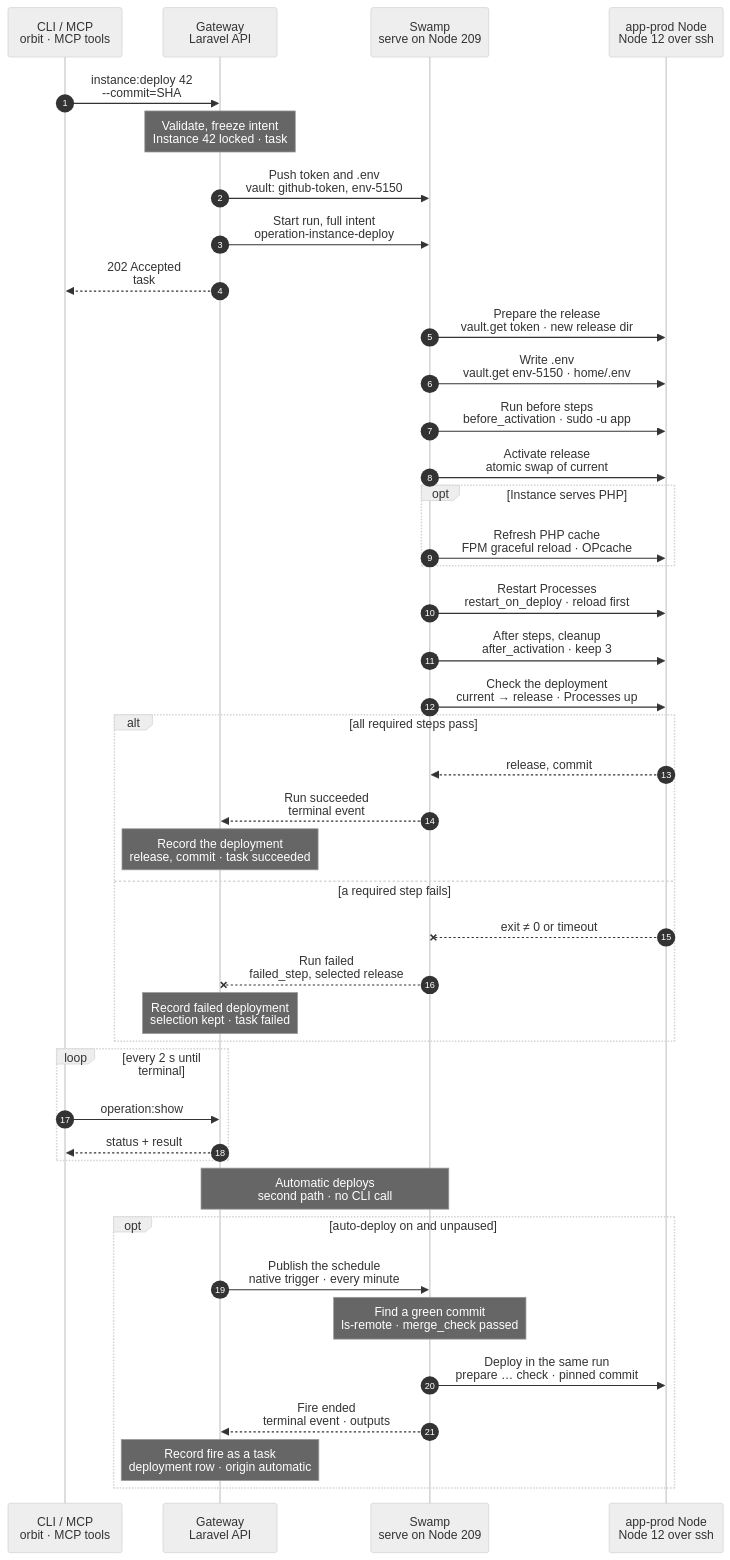
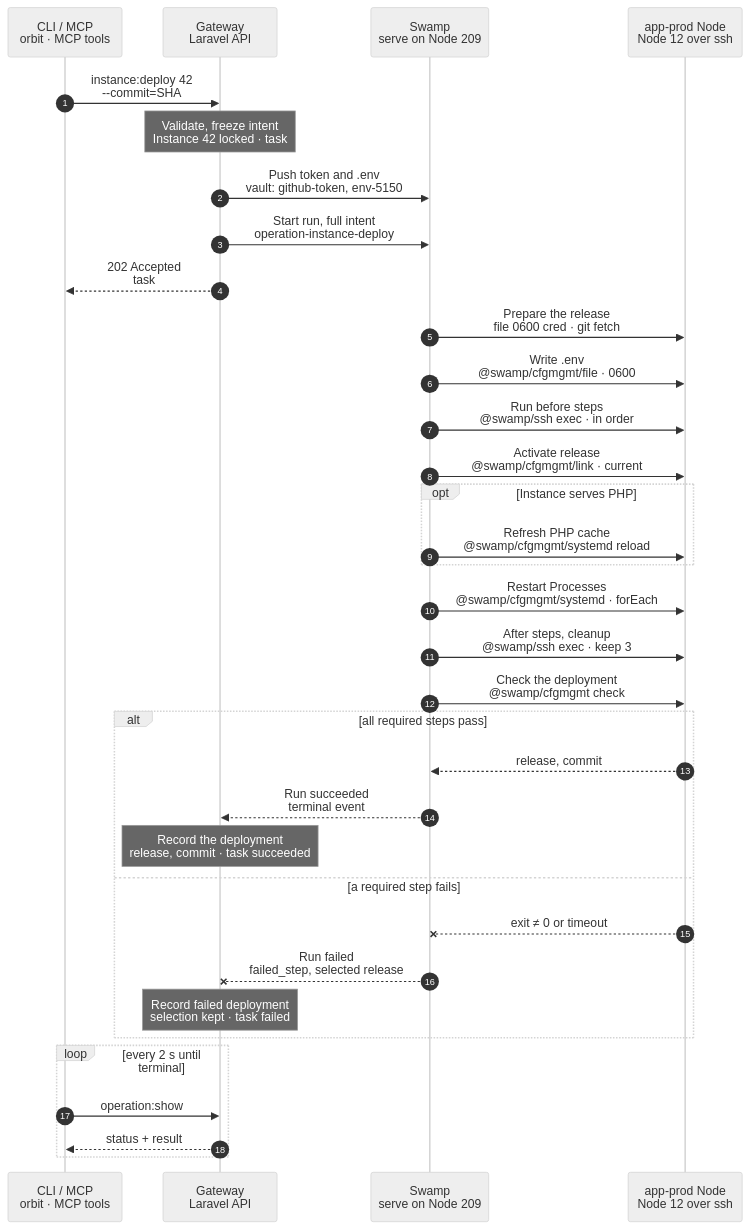
The diagram in docs/cli/instance/deploy.mmd (hardimpactdev/orbit), drawn with Mermaid (neutral theme) before and after one commit. The commit also changed 2 other files, not shown here.

Commit message:
docs(cli): tighten2 wave 6 charts (instance.deploy, instance.rollback, instance.clone)
process.horizon_handoff waits for its lane: its new chart needs a workflow change.

```diff
--- a/docs/cli/instance/deploy.mmd
+++ b/docs/cli/instance/deploy.mmd
@@ -1,184 +1,154 @@
 sequenceDiagram
   %% Target design: ADR 0244 task + full intent as inputs, single-swamp-node; DECISIONS 1 (token minted at admission, vault.get), 3 (automatic deploy = Gateway-published native schedule, no POST back), 4 / R1-R4 (process.stop shape); .env through the vault as in instance.create; rule 7 (reload over restart, restart_on_deploy only). docs/reference/deployments.md.
+  %% Tightened: flow-tighten 2026-11-02, rules 21, 22 (automatic deploys only in instance.auto_deploy; cfgmgmt file/link/systemd, 0600 credential file for the fetch).
   %% status: draft
   %% command: instance:deploy
   %% kind: instance.deploy
   autonumber
   %% lane CLI icon=terminal pill=caller tone=gray
   %% lane GW icon=gateway pill=intent tone=blue
   %% lane SW icon=workflow pill=executes tone=green
   %% lane N icon=server pill=target tone=amber
   participant CLI as CLI / MCP<br/>orbit · MCP tools
   participant GW as Gateway<br/>Laravel API
   participant SW as Swamp<br/>serve on Node 209
   participant N as app-prod Node<br/>Node 12 over ssh
   CLI->>GW: instance:deploy 42<br/>--commit=SHA
   %%> Command:
   %%> - `orbit instance:deploy 42`
   %%> - syntax: `<instance> [--commit=SHA] [--idempotency-key=KEY] [--json]`
   %%> Input:
   %%> - the Instance; without `--commit`, the newest commit of its deployment branch
   %%> - `--commit`: a full commit SHA that must be on the branch's first-parent chain
   %%> Who can call it:
   %%> - the `orbit` CLI and the MCP tool send the same request
-  %%> - the automatic path below starts the same run without a CLI call
+  %%> - automatic deploys start the same deploy steps from a native schedule; see the `instance.auto_deploy` chart
   Note over GW: Validate, freeze intent<br/>Instance 42 locked · task #5150
   %%> Requirements:
   %%> - your Node has an access grant to Node 12
   %%> - Instance 42 is an active production Instance of Project 7 on Node 12
   %%> - no other operation holds Instance 42; else `operation.target_busy`
   %%> Freezes:
   %%> - the branch and commit, the deploy steps, the shared paths and the release name
   %%> - the Project's Process and Schedule definitions and the PHP runtime
   %%> - the account `orbit-app-7` and its home `/home/orbit-app-7`
   %%> Renders .env:
   %%> - from the stored environment of Instance 42
   %%> Result:
   %%> - deployment 88 recorded as running; task #5150 recorded with the full intent
   %%> - a manual deploy pauses automatic deployment of Instance 42
   %%> - nothing has happened on the Node yet
   GW->>SW: Push token and .env<br/>vault: github-token, env-5150
   %%> Why:
   %%> - the repository is private, and only the Gateway holds the GitHub App key
   %%> - `.env` can hold secrets, which travel only through the vault
   %%> What it does:
   %%> - mints a read token for this one repository, valid 1 hour
   %%> - pushes the token and the rendered `.env` into Swamp's vault
   %%> Result:
   %%> - the run reads both with `vault.get`; no step calls the Gateway back
   GW->>SW: Start run, full intent<br/>operation-instance-deploy
   %%> What it does:
   %%> - starts one run on Swamp serve (Node 209); every step runs there
   %%> Inputs:
   %%> - Node 12's address and SSH host keys; the SSH identity comes from the `swamp` role
   %%> - the frozen intent; secrets only as vault key names
   %%> Budget:
   %%> - the sum of the deploy step timeouts plus 900 s
   GW-->>CLI: 202 Accepted<br/>task #5150
   %%> What you get:
   %%> - the task number, at once
   %%> Next:
   %%> - the CLI follows the task until it ends
-  SW->>N: Prepare the release<br/>vault.get token · new release dir
+  SW->>N: Prepare the release<br/>file 0600 cred · git fetch
   %%> How:
-  %%> - Swamp reaches Node 12 over `@swamp/ssh` from 209, with `command/shell` steps
+  %%> - Swamp reaches Node 12 over `@swamp/ssh` from 209; nothing is copied to the Node
+  %%> - `@swamp/cfgmgmt/file` writes the vault token as a 0600 credential file; git reads it, so the token never enters argv
+  %%> - shared paths and `.env` links with `@swamp/cfgmgmt/link`
   %%> What it does:
   %%> - fetches the branch into a new folder under `releases/` and checks out exactly the frozen commit
   %%> - refuses a commit that is not on the branch's first-parent chain (`deployment.commit_not_on_branch`)
   %%> - links the shared paths, the public storage link and each `.env` link
   %%> Runs as:
   %%> - `orbit-app-7`, through sudo
-  SW->>N: Write .env<br/>vault.get env-5150 · home/.env
+  SW->>N: Write .env<br/>@swamp/cfgmgmt/file · 0600
   %%> What it does:
   %%> - writes the rendered `.env` from the vault into `/home/orbit-app-7/.env`, atomically
   %%> Not included:
   %%> - restarts nothing; the running release keeps serving
-  SW->>N: Run before steps<br/>before_activation · sudo -u app
+  SW->>N: Run before steps<br/>@swamp/ssh exec · in order
   %%> What it does:
   %%> - runs each `before_activation` deploy step in order, from the new release, as `orbit-app-7`
   %%> - for example `composer install`, `php artisan migrate --force`
   %%> Limits:
   %%> - each step has its own timeout; a required step that fails stops the run
-  SW->>N: Activate release<br/>atomic swap of current
+  SW->>N: Activate release<br/>@swamp/cfgmgmt/link · current
   %%> What it does:
   %%> - checks each served web root and its `.env` links in the new release
   %%> - replaces the `current` link with one atomic rename
   %%> Why:
   %%> - Caddy resolves `current` per request, so new requests use the new release at once
   opt Instance serves PHP
-    SW->>N: Refresh PHP cache<br/>FPM graceful reload · OPcache
+    SW->>N: Refresh PHP cache<br/>@swamp/cfgmgmt/systemd reload
     %%> What it does:
     %%> - converges the dedicated PHP-FPM pool of Instance 42 from the frozen PHP runtime
     %%> - reloads it gracefully, so running requests finish; then resets OPcache and waits for it
     %%> When a restart is needed:
     %%> - only when the pool's runtime itself changed, such as the PHP version
   end
-  SW->>N: Restart Processes<br/>restart_on_deploy · reload first
+  SW->>N: Restart Processes<br/>@swamp/cfgmgmt/systemd · forEach
   %%> What it does:
-  %%> - installs the frozen Process and Schedule definitions, in the `process.create` and `schedule.create` shape
+  %%> - installs the frozen Process definitions and the `laravel-scheduler` timer, in the `process.create` shape; other Schedules are native Swamp schedules and install nothing here
   %%> - for each running Process with `restart_on_deploy`: reload when the Process allows it, else restart
   %%> - for example Horizon: `php artisan horizon:terminate`, so jobs finish first
   %%> Not included:
   %%> - Processes without `restart_on_deploy`, and stopped Processes, stay as they are
-  SW->>N: After steps, cleanup<br/>after_activation · keep 3
+  SW->>N: After steps, cleanup<br/>@swamp/ssh exec · keep 3
   %%> What it does:
   %%> - runs each `after_activation` deploy step in order, as `orbit-app-7`
   %%> - then removes old releases; the home keeps at most 3
   %%> Cleanup:
   %%> - best effort; a failed cleanup is a warning, not a failed deploy
   %%> - a release that a running process still uses stays
-  SW->>N: Check the deployment<br/>current → release · Processes up
+  SW->>N: Check the deployment<br/>@swamp/cfgmgmt check
   %%> What it does:
   %%> - reads `current` back and checks it selects the new release and commit
   %%> - checks that each restarted Process is active
   alt all required steps pass
     N-->>SW: release, commit
     %%> Returns:
     %%> - the selected release and its commit, and the restarted Processes
     SW-->>GW: Run succeeded<br/>terminal event
     %%> How the Gateway learns it:
     %%> - its shared run reader sees the terminal event and reads the outputs; Swamp never calls the Gateway
     Note over GW: Record the deployment<br/>release, commit · task succeeded
     %%> Result:
     %%> - deployment 88 succeeds with its release and commit
     %%> - task #5150 succeeds
   else a required step fails
     N--xSW: exit ≠ 0 or timeout
     %%> When:
     %%> - a required step exits with an error, SSH fails, or the budget runs out
     SW--xGW: Run failed<br/>failed_step, selected release
     %%> The Gateway reads:
     %%> - which step failed, its error code and output tail
     %%> - which release `current` selects now
     Note over GW: Record failed deployment<br/>selection kept · task failed
     %%> Result:
     %%> - deployment 88 is marked failed; task #5150 fails
     %%> On the Node:
     %%> - a failure before activation keeps the old release selected
     %%> - a failure after activation keeps the new release selected
     %%> - Orbit undoes no step and no data change; the new release folder stays until a cleanup
     %%> Retry:
     %%> - deploy again after a fix; it is a new task with a new release
   end
   loop every 2 s until terminal
     CLI->>GW: operation:show #5150
     %%> What it does:
     %%> - asks for the task's status until it has ended
     %%> - the CLI uses Reverb events when the `websocket` role is active
     GW-->>CLI: status + result
     %%> Returns:
     %%> - the current status, and the result once the task has ended
   end
-  Note over GW,SW: Automatic deploys<br/>second path · no CLI call
-  %%> What it is:
-  %%> - the same deploy run, started by a native Swamp schedule instead of the CLI
-  %%> When:
-  %%> - only while `instance:auto-deploy:enable 42` is set and Instance 42 is not paused
-  opt auto-deploy on and unpaused
-    GW->>SW: Publish the schedule<br/>native trigger · every minute
-    %%> What it does:
-    %%> - publishes one native Swamp schedule for Instance 42, with the frozen deploy intent as its inputs
-    %%> - inputs also hold the deployed commit, the blocked commits and the Project's `merge_check`
-    %%> Keeps fresh:
-    %%> - the Gateway republishes the inputs when the intent or deployed commit changes
-    %%> - it keeps a fresh read token and `.env` in the vault while the schedule exists
-    %%> Removes it:
-    %%> - on pause, on a rollback, or when auto-deploy is turned off
-    Note over SW: Find a green commit<br/>ls-remote · merge_check passed
-    %%> What it does:
-    %%> - reads the branch head with the vault token
-    %%> - picks the newest commit that passed `merge_check`, descends from the deployed commit and is not blocked
-    %%> Not found:
-    %%> - the fire ends with `up_to_date`, `gate_pending` or `no_green_commit` and deploys nothing
-    SW->>N: Deploy in the same run<br/>prepare … check · pinned commit
-    %%> What it does:
-    %%> - runs the deploy steps above, pinned to the green commit
-    %%> - no step POSTs back to the Gateway; there is no separate admission
-    SW-->>GW: Fire ended<br/>terminal event · outputs
-    %%> How the Gateway learns it:
-    %%> - its shared run reader sees the terminal event, as for a manual deploy
-    Note over GW: Record fire as a task<br/>deployment row · origin automatic
-    %%> Result:
-    %%> - each fire is a task; a fire that deployed also writes a deployment row with origin automatic
-    %%> - a failed commit is retried later or blocked, by the automatic failure rules
-  end
```
